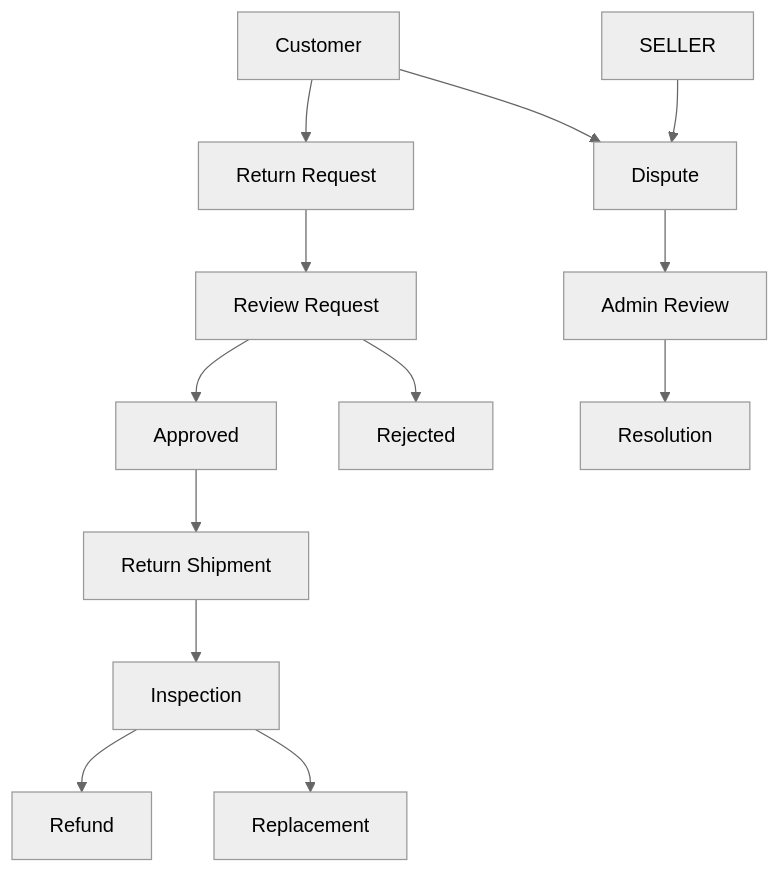
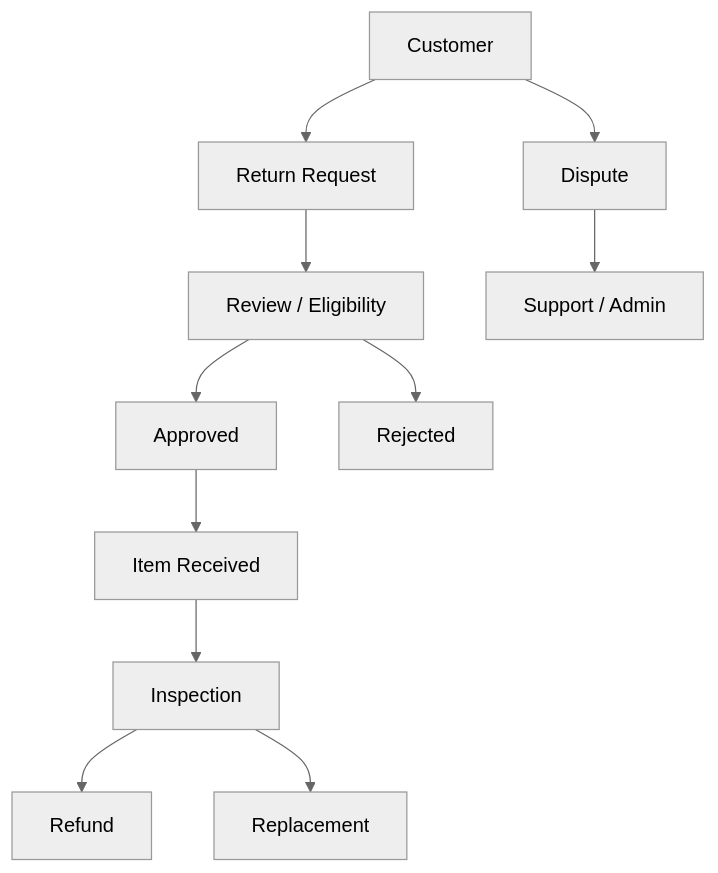
One commit to Izyane-InovSolutions/commerce changed diagram 16 of 25 in README.md. Above: the diagram before and after it, drawn with Mermaid (neutral theme). The commit also changed other lines of this file, not shown here.

Commit message:
docs: switch backend architecture to NestJS modular monolith

````diff
--- a/README.md
+++ b/README.md
@@ -740,16 +792,13 @@
 ```mermaid
 flowchart TD
     CUSTOMER[Customer] --> RETURN[Return Request]
-    RETURN --> REVIEW[Review Request]
-    REVIEW --> APPROVE[Approved]
-    REVIEW --> REJECT[Rejected]
-    APPROVE --> SHIP[Return Shipment]
-    SHIP --> INSPECT[Inspection]
+    RETURN --> REVIEW[Review / Eligibility]
+    REVIEW --> APPROVED[Approved]
+    REVIEW --> REJECTED[Rejected]
+    APPROVED --> RECEIVED[Item Received]
+    RECEIVED --> INSPECT[Inspection]
     INSPECT --> REFUND[Refund]
-    INSPECT --> REPLACE[Replacement]
-
+    INSPECT --> REPLACEMENT[Replacement]
     CUSTOMER --> DISPUTE[Dispute]
-    SELLER --> DISPUTE
-    DISPUTE --> ADMIN[Admin Review]
-    ADMIN --> RESOLVE[Resolution]
+    DISPUTE --> SUPPORT[Support / Admin]
 ```
````
